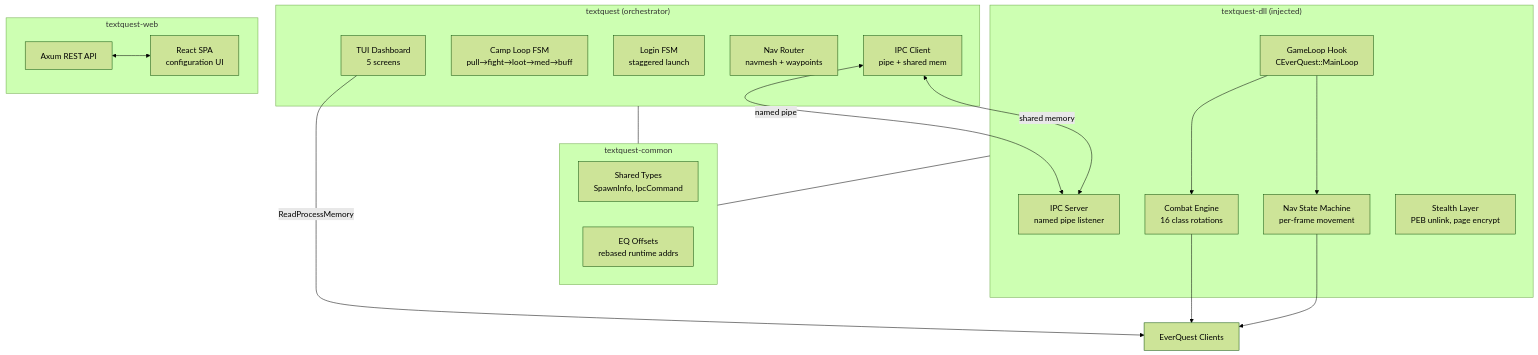
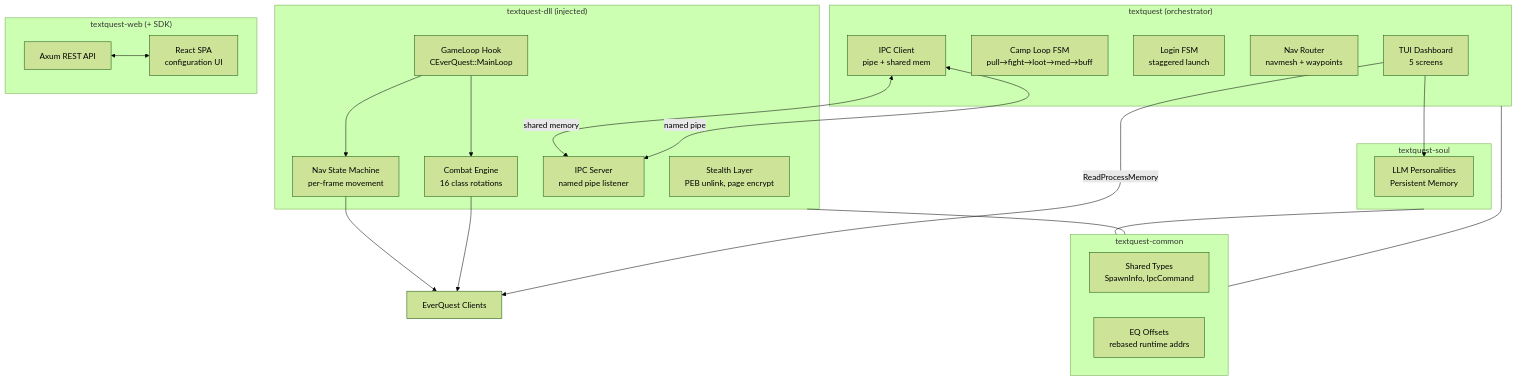
Before and after one commit to Maleick/AutoShip: the diagram in README.md, drawn with Mermaid (forest theme). The commit also changed other lines of this file and 4 other files, not shown here.

````diff
--- a/README.md
+++ b/README.md
@@ -127,39 +127,45 @@
 ```mermaid
 flowchart TD
     subgraph Orchestrator["textquest (orchestrator)"]
         TUI["TUI Dashboard\n5 screens"]
         CampLoop["Camp Loop FSM\npull→fight→loot→med→buff"]
         LoginSM["Login FSM\nstaggered launch"]
         NavRouter["Nav Router\nnavmesh + waypoints"]
         IPC_Client["IPC Client\npipe + shared mem"]
     end
 
     subgraph DLL["textquest-dll (injected)"]
         GameLoop["GameLoop Hook\nCEverQuest::MainLoop"]
         CombatEngine["Combat Engine\n16 class rotations"]
         NavState["Nav State Machine\nper-frame movement"]
         IPC_Server["IPC Server\nnamed pipe listener"]
         Stealth["Stealth Layer\nPEB unlink, page encrypt"]
     end
 
     subgraph Common["textquest-common"]
         Types["Shared Types\nSpawnInfo, IpcCommand"]
         Offsets["EQ Offsets\nrebased runtime addrs"]
     end
 
-    subgraph Web["textquest-web"]
+    subgraph Web["textquest-web (+ SDK)"]
         Axum["Axum REST API"]
         ReactSPA["React SPA\nconfiguration UI"]
+    end
+
+    subgraph Soul["textquest-soul"]
+        LLM["LLM Personalities\nPersistent Memory"]
     end
 
     TUI -->|ReadProcessMemory| EQ["EverQuest Clients"]
     IPC_Client <-->|named pipe| IPC_Server
     IPC_Client <-->|shared memory| IPC_Server
     GameLoop --> CombatEngine
     GameLoop --> NavState
     CombatEngine --> EQ
     NavState --> EQ
+    TUI --> LLM
     Orchestrator --- Common
     DLL --- Common
     Axum <--> ReactSPA
+    Soul --- Common
 ```
````
